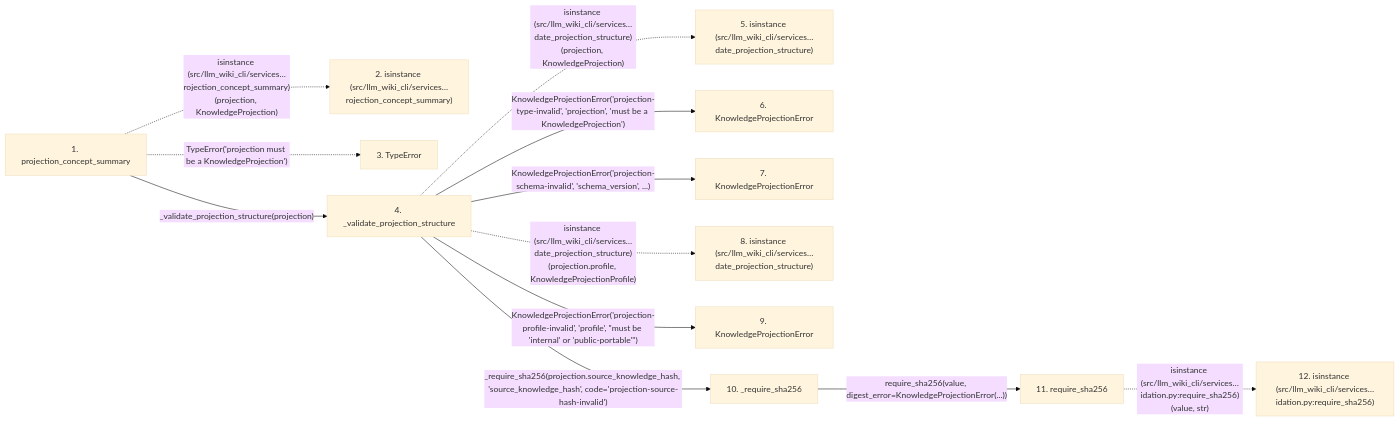
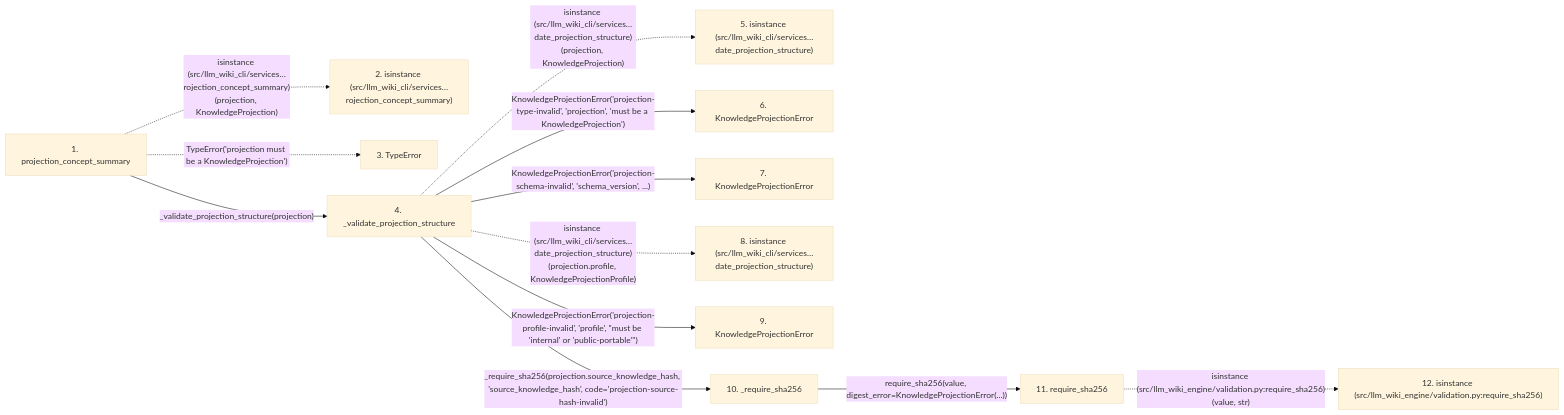
The second of 2 diagrams in docs/llm_wiki/flows/api-projection_concept_summary.md (Denissvgn/python-wiki-llm), drawn with Mermaid (base theme) before and after one commit. The commit also changed other lines of this file and 1103 other files, not shown here.

First line of the commit message:
docs: refresh the wiki for the llm-wiki-engine distribution

````diff
--- a/docs/llm_wiki/flows/api-projection_concept_summary.md
+++ b/docs/llm_wiki/flows/api-projection_concept_summary.md
@@ -137,33 +137,33 @@
 ```mermaid
 flowchart LR
     s1["1. projection_concept_summary"]
     s2["2. isinstance (src/llm_wiki_cli/services…rojection_concept_summary)"]
     s3["3. TypeError"]
     s4["4. _validate_projection_structure"]
     s5["5. isinstance (src/llm_wiki_cli/services…date_projection_structure)"]
     s6["6. KnowledgeProjectionError"]
     s7["7. KnowledgeProjectionError"]
     s8["8. isinstance (src/llm_wiki_cli/services…date_projection_structure)"]
     s9["9. KnowledgeProjectionError"]
     s10["10. _require_sha256"]
     s11["11. require_sha256"]
-    s12["12. isinstance (src/llm_wiki_cli/services…idation.py:require_sha256)"]
+    s12["12. isinstance (src/llm_wiki_engine/validation.py:require_sha256)"]
     s1 -. "isinstance (src/llm_wiki_cli/services…rojection_concept_summary)(projection, KnowledgeProjection)" .-> s2
     s1 -. "TypeError('projection must be a KnowledgeProjection')" .-> s3
     s1 -->|"_validate_projection_structure(projection)"| s4
     s4 -. "isinstance (src/llm_wiki_cli/services…date_projection_structure)(projection, KnowledgeProjection)" .-> s5
     s4 -->|"KnowledgeProjectionError('projection-type-invalid', 'projection', 'must be a KnowledgeProjection')"| s6
     s4 -->|"KnowledgeProjectionError('projection-schema-invalid', 'schema_version', ...)"| s7
     s4 -. "isinstance (src/llm_wiki_cli/services…date_projection_structure)(projection.profile, KnowledgeProjectionProfile)" .-> s8
     s4 -->|"KnowledgeProjectionError('projection-profile-invalid', 'profile', #34;must be 'internal' or 'public-portable'#34;)"| s9
     s4 -->|"_require_sha256(projection.source_knowledge_hash, 'source_knowledge_hash', code='projection-source-hash-invalid')"| s10
     s10 -->|"require_sha256(value, digest_error=KnowledgeProjectionError(...))"| s11
-    s11 -. "isinstance (src/llm_wiki_cli/services…idation.py:require_sha256)(value, str)" .-> s12
+    s11 -. "isinstance (src/llm_wiki_engine/validation.py:require_sha256)(value, str)" .-> s12
     click s1 "../modules/knowledge_projection.md"
     click s4 "../modules/knowledge_projection.md"
     click s6 "../modules/knowledge_projection.md"
     click s7 "../modules/knowledge_projection.md"
     click s9 "../modules/knowledge_projection.md"
     click s10 "../modules/knowledge_projection.md"
     click s11 "../modules/validation.md"
 ```
````
